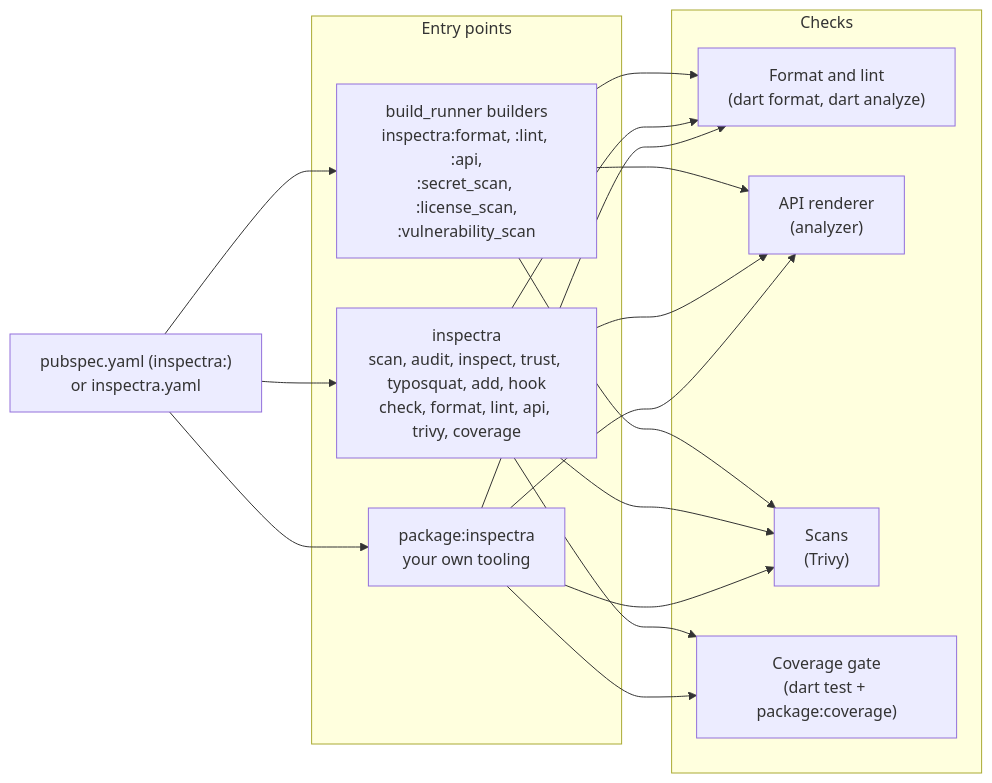
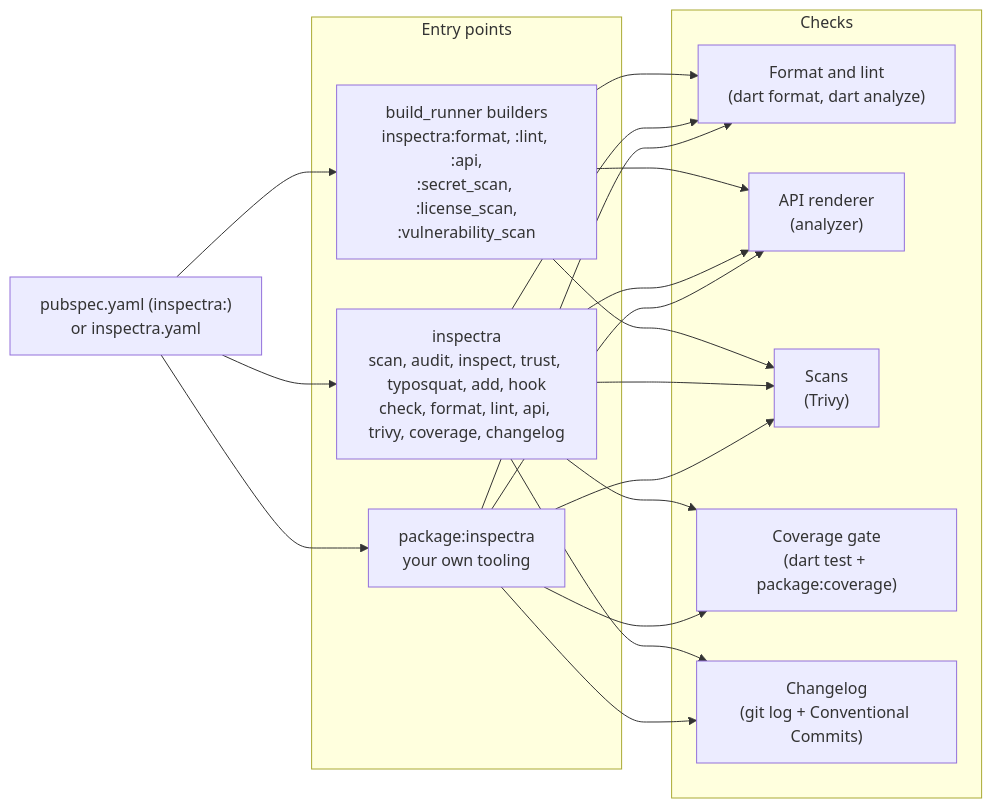
One commit to Dev-Redtronics/Inspectra changed the first of 3 diagrams in docs/topics/How-It-Works.md. Above: the diagram before and after it, drawn with Mermaid. The commit also changed other lines of this file and 18 other files, not shown here.

````diff
--- a/docs/topics/How-It-Works.md
+++ b/docs/topics/How-It-Works.md
@@ -14,29 +14,32 @@
 ```mermaid
 flowchart LR
     config["pubspec.yaml (inspectra:)<br/>or inspectra.yaml"]
     subgraph entry["Entry points"]
         builders["build_runner builders<br/>inspectra:format, :lint, :api,<br/>:secret_scan, :license_scan,<br/>:vulnerability_scan"]
-        cli["inspectra<br/>scan, audit, inspect, trust, typosquat, add, hook<br/>check, format, lint, api, trivy, coverage"]
+        cli["inspectra<br/>scan, audit, inspect, trust, typosquat, add, hook<br/>check, format, lint, api, trivy, coverage, changelog"]
         library["package:inspectra<br/>your own tooling"]
     end
     subgraph checks["Checks"]
         quality["Format and lint<br/>(dart format, dart analyze)"]
         api["API renderer<br/>(analyzer)"]
         scans["Scans<br/>(Trivy)"]
         coverage["Coverage gate<br/>(dart test + package:coverage)"]
+        changelog["Changelog<br/>(git log + Conventional Commits)"]
     end
     config --> builders
     config --> cli
     config --> library
     builders --> quality
     builders --> api
     builders --> scans
     cli --> quality
     cli --> api
     cli --> scans
     cli --> coverage
+    cli --> changelog
     library --> quality
     library --> api
     library --> scans
     library --> coverage
+    library --> changelog
 ```
````
